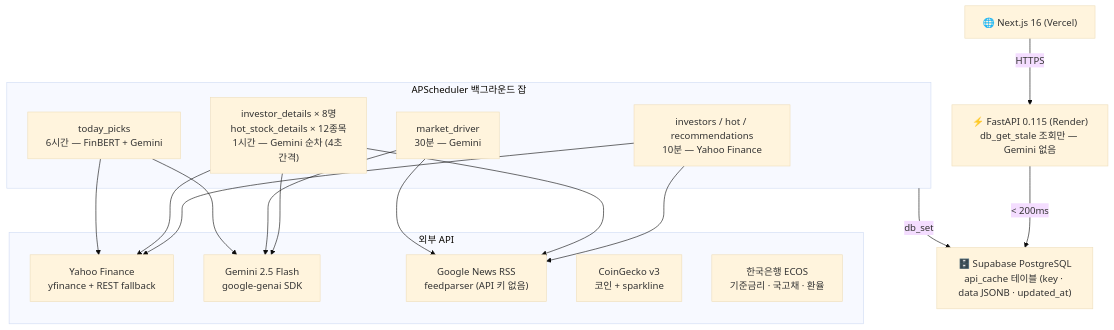
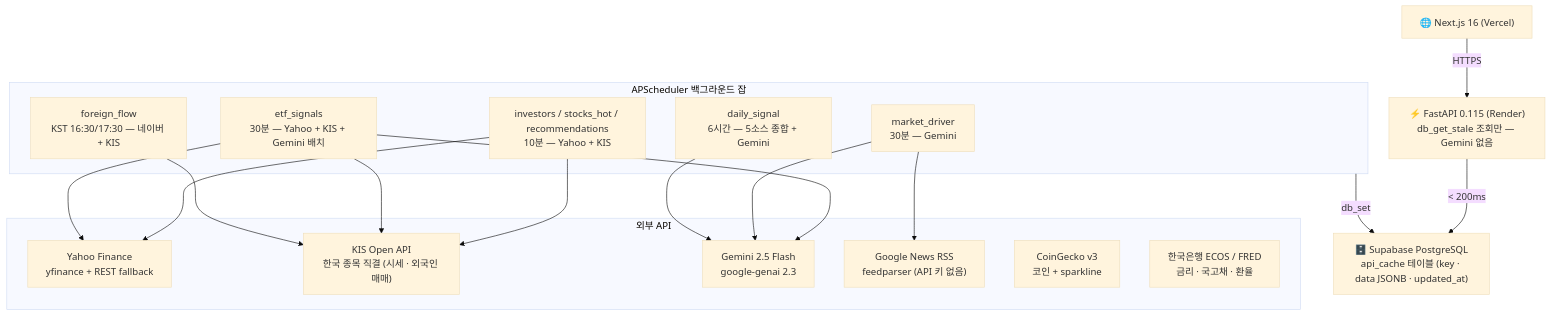
One commit to forexms78/war-investment-agent changed the fifth of 7 diagrams in README.md. Above: the diagram before and after it, drawn with Mermaid (base theme). The commit also changed other lines of this file, not shown here.

First line of the commit message:
docs(README): 본문 v5.0 최신화 — Quant·KIS US 섹션 제거 + 시스템 구조·기술 스택 재작성

````diff
--- a/README.md
+++ b/README.md
@@ -302,29 +212,32 @@
 ```mermaid
 flowchart TD
     FE["🌐 Next.js 16 (Vercel)"]
     BE["⚡ FastAPI 0.115 (Render)\ndb_get_stale 조회만 — Gemini 없음"]
     DB["🗄️ Supabase PostgreSQL\napi_cache 테이블 (key · data JSONB · updated_at)"]
 
     subgraph Scheduler["APScheduler 백그라운드 잡"]
-        S1["investors / hot / recommendations\n10분 — Yahoo Finance"]
-        S2["investor_details × 8명\nhot_stock_details × 12종목\n1시간 — Gemini 순차 (4초 간격)"]
+        S1["investors / stocks_hot / recommendations\n10분 — Yahoo + KIS"]
+        S2["etf_signals\n30분 — Yahoo + KIS + Gemini 배치"]
         S3["market_driver\n30분 — Gemini"]
-        S4["today_picks\n6시간 — FinBERT + Gemini"]
+        S4["daily_signal\n6시간 — 5소스 종합 + Gemini"]
+        S5["foreign_flow\nKST 16:30/17:30 — 네이버 + KIS"]
     end
 
     subgraph External["외부 API"]
         YF["Yahoo Finance\nyfinance + REST fallback"]
-        GEM["Gemini 2.5 Flash\ngoogle-genai SDK"]
+        KIS["KIS Open API\n한국 종목 직결 (시세 · 외국인 매매)"]
+        GEM["Gemini 2.5 Flash\ngoogle-genai 2.3"]
         RSS["Google News RSS\nfeedparser (API 키 없음)"]
         CG["CoinGecko v3\n코인 + sparkline"]
-        BOK["한국은행 ECOS\n기준금리 · 국고채 · 환율"]
+        BOK["한국은행 ECOS / FRED\n금리 · 국고채 · 환율"]
     end
 
     FE -->|HTTPS| BE
     BE -->|< 200ms| DB
     Scheduler -->|db_set| DB
-    S1 --> YF & RSS
-    S2 --> YF & GEM & RSS
+    S1 --> YF & KIS
+    S2 --> YF & KIS & GEM
     S3 --> RSS & GEM
-    S4 --> YF & GEM
+    S4 --> GEM
+    S5 --> KIS
 ```
````
